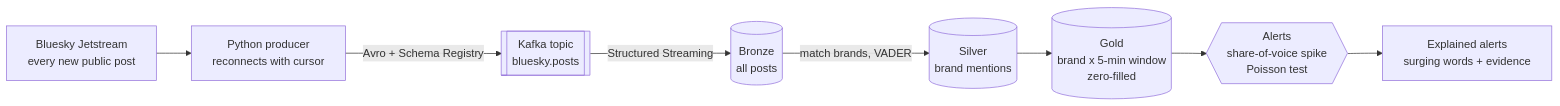
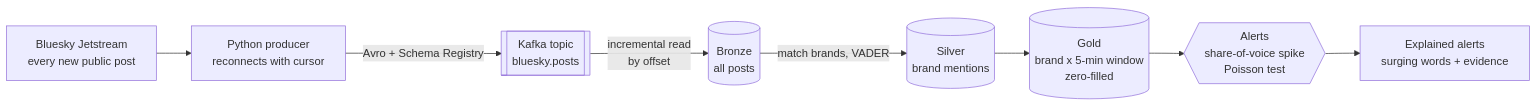
The diagram in README.md (tasnimrh/brand-pulse), drawn with Mermaid before and after one commit. The commit also changed other lines of this file, not shown here.

````diff
--- a/README.md
+++ b/README.md
@@ -15,10 +32,10 @@
 ```mermaid
 flowchart LR
     J[Bluesky Jetstream<br/>every new public post] --> P[Python producer<br/>reconnects with cursor]
     P -->|Avro + Schema Registry| K[[Kafka topic<br/>bluesky.posts]]
-    K -->|Structured Streaming| B[(Bronze<br/>all posts)]
+    K -->|incremental read<br/>by offset| B[(Bronze<br/>all posts)]
     B -->|match brands, VADER| S[(Silver<br/>brand mentions)]
     S --> G[(Gold<br/>brand x 5-min window<br/>zero-filled)]
     G --> A{{Alerts<br/>share-of-voice spike<br/>Poisson test}}
     A --> E[Explained alerts<br/>surging words + evidence]
 ```
````
